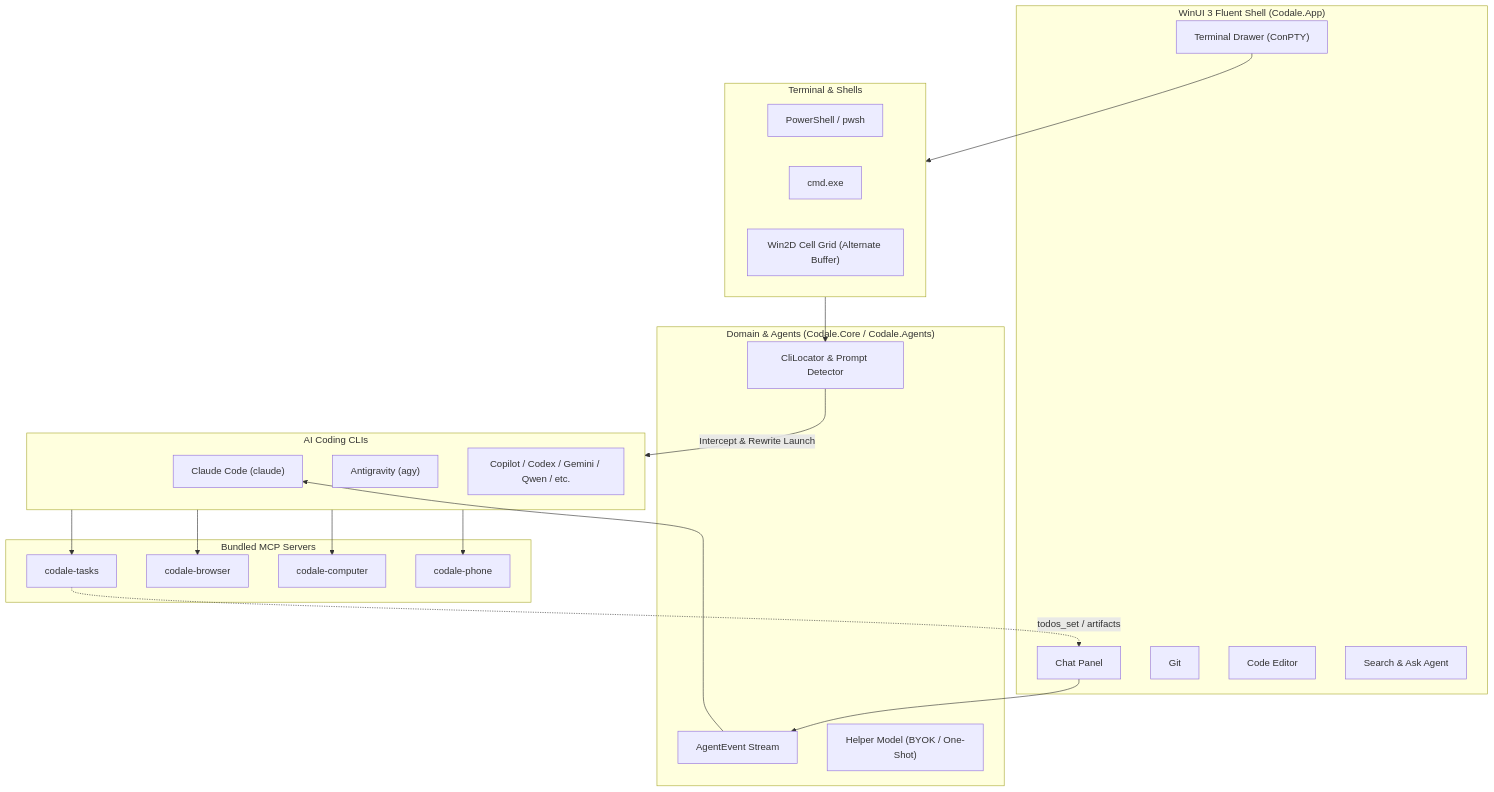
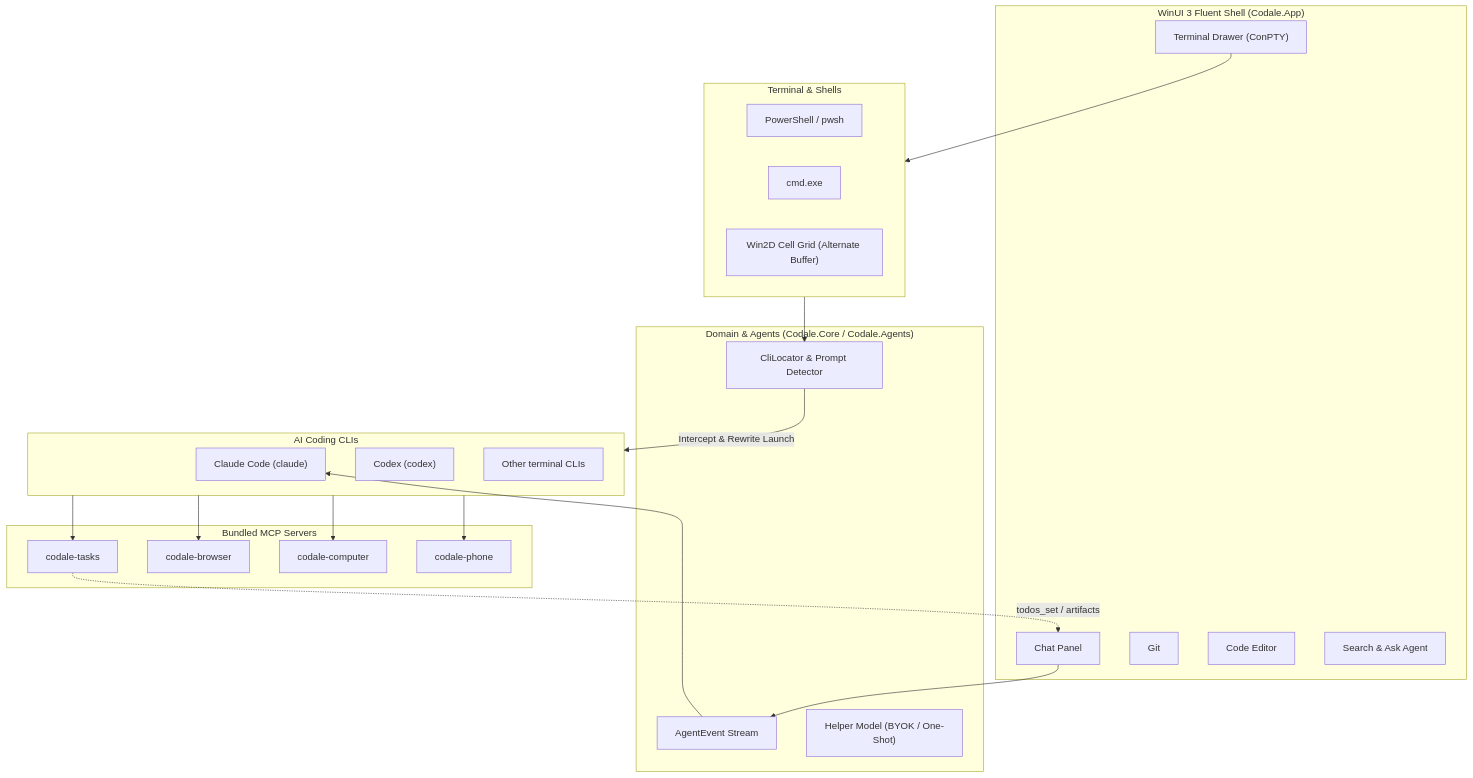
The diagram in README.md (Crster/codale), drawn with Mermaid before and after one commit. The commit also changed other lines of this file and 56 other files, not shown here.

````diff
--- a/README.md
+++ b/README.md
@@ -233,46 +233,46 @@
 ```mermaid
 flowchart TD
     subgraph UI ["WinUI 3 Fluent Shell (Codale.App)"]
         ChatTab["Chat Panel"]
         TerminalTab["Terminal Drawer (ConPTY)"]
         GitTab["Git"]
         EditorTab["Code Editor"]
         SearchTab["Search & Ask Agent"]
     end
 
     subgraph Core ["Domain & Agents (Codale.Core / Codale.Agents)"]
         AgentEvent["AgentEvent Stream"]
         CliLocator["CliLocator & Prompt Detector"]
         HelperModel["Helper Model (BYOK / One-Shot)"]
     end
 
     subgraph TerminalEngine ["Terminal & Shells"]
         Pwsh["PowerShell / pwsh"]
         Cmd["cmd.exe"]
         Win2D["Win2D Cell Grid (Alternate Buffer)"]
     end
 
     subgraph MCP ["Bundled MCP Servers"]
         TasksMcp["codale-tasks"]
         BrowserMcp["codale-browser"]
         ComputerMcp["codale-computer"]
         PhoneMcp["codale-phone"]
     end
 
     subgraph Agents ["AI Coding CLIs"]
         ClaudeCli["Claude Code (claude)"]
-        AgyCli["Antigravity (agy)"]
-        OtherClis["Copilot / Codex / Gemini / Qwen / etc."]
+        CodexCli["Codex (codex)"]
+        OtherClis["Other terminal CLIs"]
     end
 
     ChatTab --> AgentEvent
     AgentEvent --> ClaudeCli
     TerminalTab --> TerminalEngine
     TerminalEngine --> CliLocator
     CliLocator -- "Intercept & Rewrite Launch" --> Agents
     Agents --> TasksMcp
     Agents --> BrowserMcp
     Agents --> ComputerMcp
     Agents --> PhoneMcp
     TasksMcp -. "todos_set / artifacts" .-> ChatTab
 ```
````
